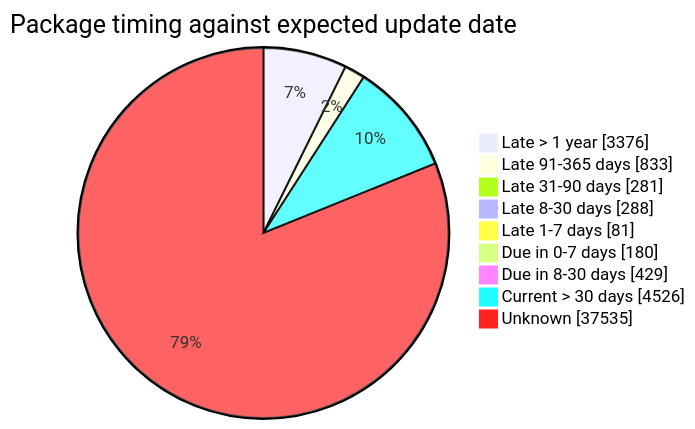
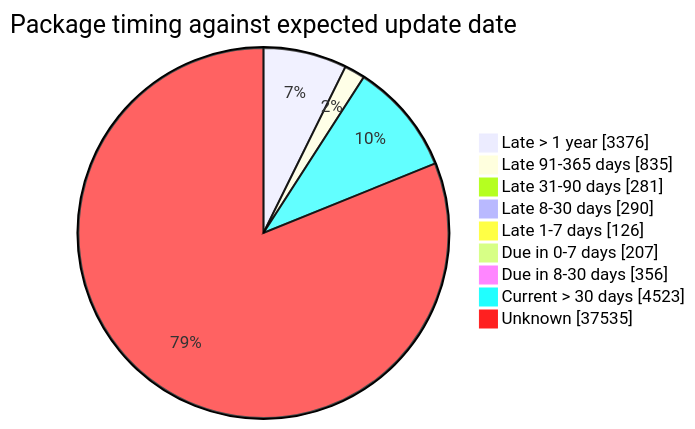
The fourth of 5 diagrams in FreshCheck/README.md (open-data/analytics-corporate-reporting), drawn with Mermaid before and after one commit. The commit also changed other lines of this file and 3 other files, not shown here.

````diff
--- a/FreshCheck/README.md
+++ b/FreshCheck/README.md
@@ -87,12 +87,12 @@
 ```mermaid
 pie showData title Package timing against expected update date
     "Late > 1 year": 3376
-    "Late 91-365 days": 833
+    "Late 91-365 days": 835
     "Late 31-90 days": 281
-    "Late 8-30 days": 288
-    "Late 1-7 days": 81
-    "Due in 0-7 days": 180
-    "Due in 8-30 days": 429
-    "Current > 30 days": 4526
+    "Late 8-30 days": 290
+    "Late 1-7 days": 126
+    "Due in 0-7 days": 207
+    "Due in 8-30 days": 356
+    "Current > 30 days": 4523
     "Unknown": 37535
 ```
````
